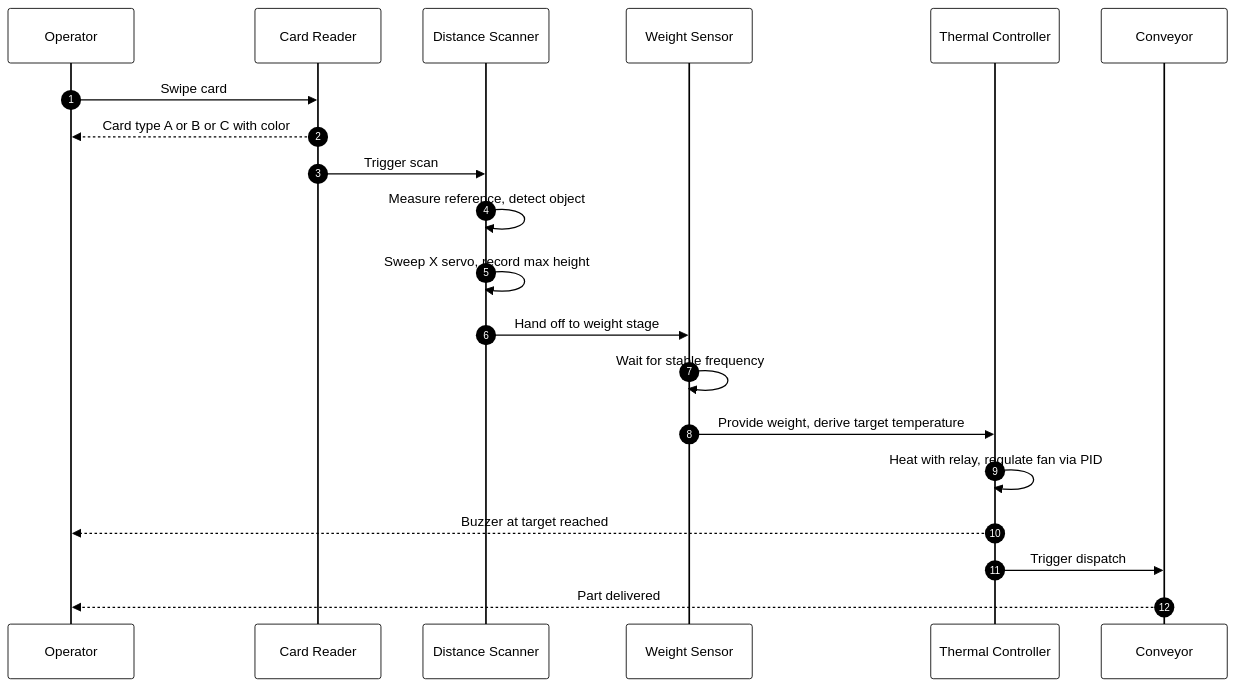
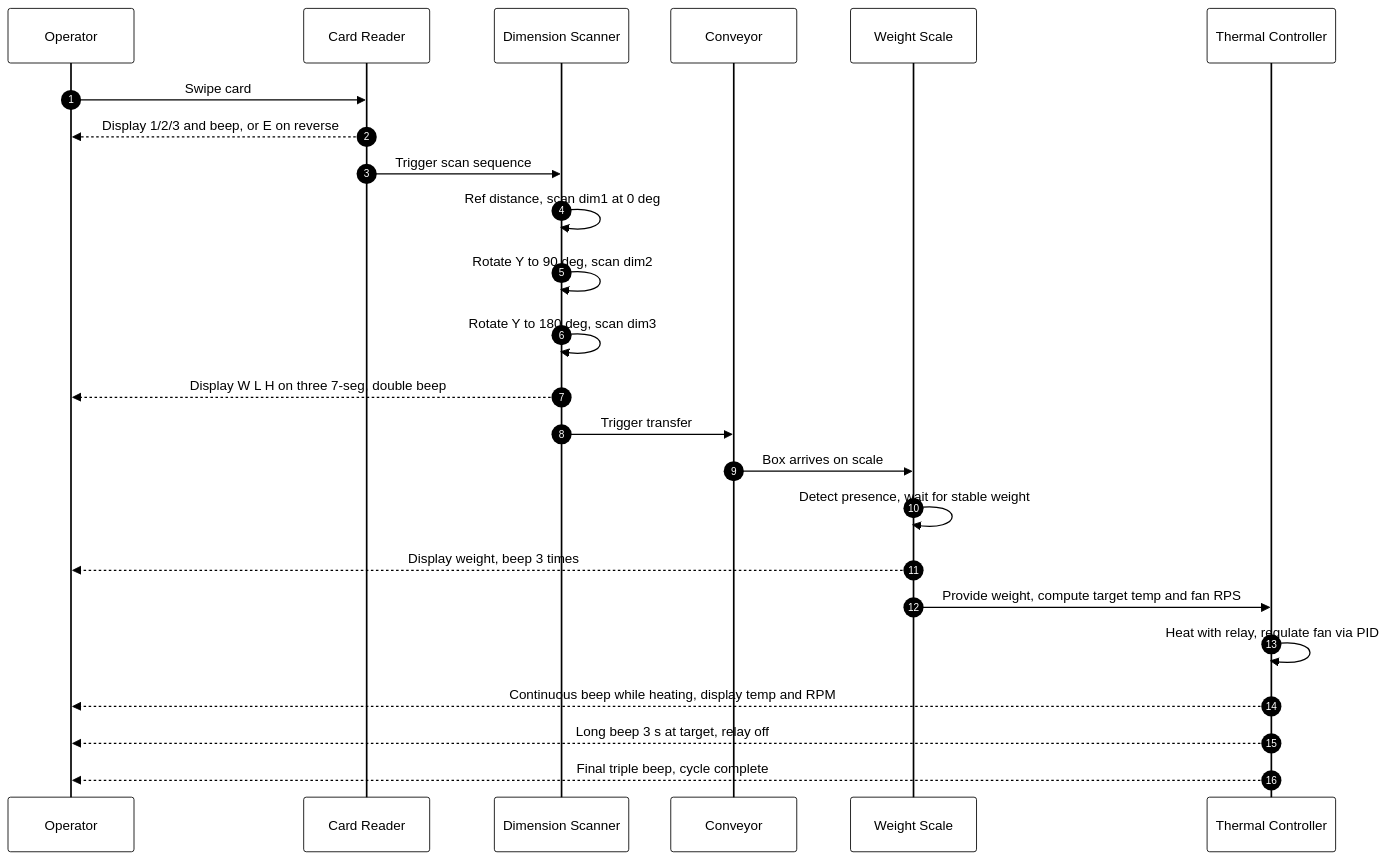
The fourth of 5 diagrams in README.md (Teera235/INC-MINI-project), drawn with Mermaid before and after one commit. The commit also changed other lines of this file and 1 other file, not shown here.

Commit message:
Full spec compliance: 3D scan, LED blink scheduler, card E detection, fan RPS map, temp map, RPM display

````diff
--- a/README.md
+++ b/README.md
@@ -121,24 +153,28 @@
 ```mermaid
 %%{init: {'theme':'base','themeVariables':{'primaryColor':'#ffffff','primaryBorderColor':'#000000','primaryTextColor':'#000000','lineColor':'#000000','secondaryColor':'#f5f5f5','clusterBkg':'#fafafa','clusterBorder':'#000000'}}}%%
 sequenceDiagram
     autonumber
     participant U as Operator
     participant CR as Card Reader
-    participant DS as Distance Scanner
-    participant WS as Weight Sensor
+    participant DS as Dimension Scanner
+    participant CV as Conveyor
+    participant WS as Weight Scale
     participant TC as Thermal Controller
-    participant CV as Conveyor
 
     U->>CR: Swipe card
-    CR-->>U: Card type A or B or C with color
-    CR->>DS: Trigger scan
-    DS->>DS: Measure reference, detect object
-    DS->>DS: Sweep X servo, record max height
-    DS->>WS: Hand off to weight stage
-    WS->>WS: Wait for stable frequency
-    WS->>TC: Provide weight, derive target temperature
+    CR-->>U: Display 1/2/3 and beep, or E on reverse
+    CR->>DS: Trigger scan sequence
+    DS->>DS: Ref distance, scan dim1 at 0 deg
+    DS->>DS: Rotate Y to 90 deg, scan dim2
+    DS->>DS: Rotate Y to 180 deg, scan dim3
+    DS-->>U: Display W L H on three 7-seg, double beep
+    DS->>CV: Trigger transfer
+    CV->>WS: Box arrives on scale
+    WS->>WS: Detect presence, wait for stable weight
+    WS-->>U: Display weight, beep 3 times
+    WS->>TC: Provide weight, compute target temp and fan RPS
     TC->>TC: Heat with relay, regulate fan via PID
-    TC-->>U: Buzzer at target reached
-    TC->>CV: Trigger dispatch
-    CV-->>U: Part delivered
+    TC-->>U: Continuous beep while heating, display temp and RPM
+    TC-->>U: Long beep 3 s at target, relay off
+    TC-->>U: Final triple beep, cycle complete
 ```
````
